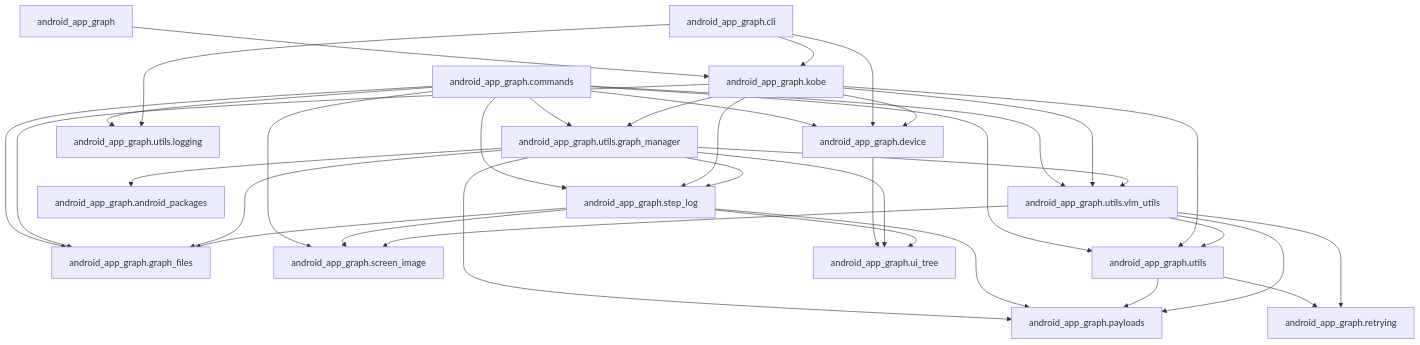
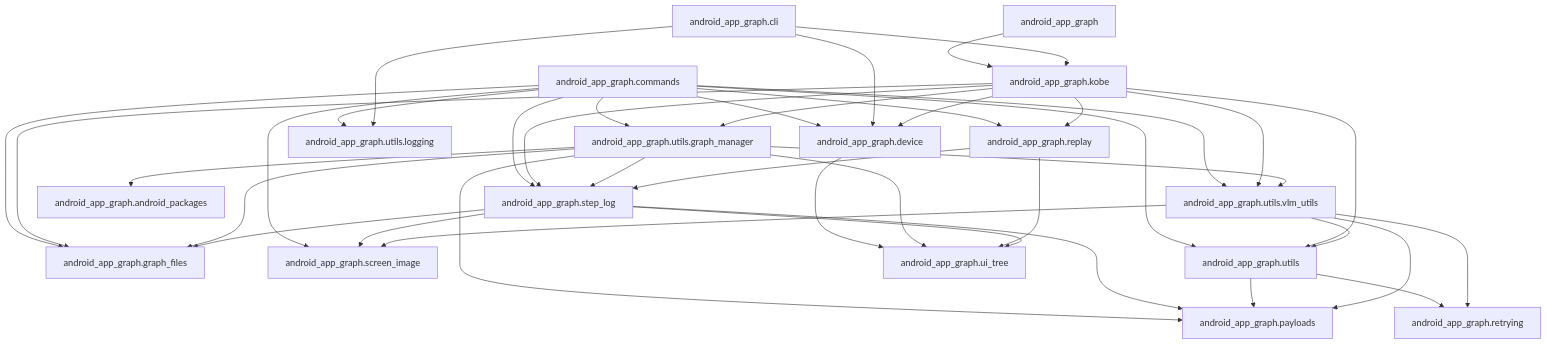
The diagram in README.md (john-agi/Android-App-Graph), drawn with Mermaid before and after one commit. The commit also changed other lines of this file, not shown here.

````diff
--- a/README.md
+++ b/README.md
@@ -52,38 +53,42 @@
 ```mermaid
 graph TD;
     pkg["android_app_graph"] --> kobe["android_app_graph.kobe"];
     cmd["android_app_graph.commands"] --> dev["android_app_graph.device"];
     cmd --> gf["android_app_graph.graph_files"];
+    cmd --> replay["android_app_graph.replay"];
     cmd --> img["android_app_graph.screen_image"];
     cmd --> steps["android_app_graph.step_log"];
     cmd --> utils["android_app_graph.utils"];
     cmd --> gm["android_app_graph.utils.graph_manager"];
     cmd --> logging["android_app_graph.utils.logging"];
     cmd --> vlm["android_app_graph.utils.vlm_utils"];
     cli["android_app_graph.cli"] --> dev;
     cli --> kobe;
     cli --> logging;
     dev --> tree["android_app_graph.ui_tree"];
     kobe --> dev;
     kobe --> gf;
+    kobe --> replay;
     kobe --> steps;
     kobe --> utils;
     kobe --> gm;
     kobe --> vlm;
     gm --> pkgs["android_app_graph.android_packages"];
     gm --> gf;
     gm --> pay["android_app_graph.payloads"];
     gm --> steps;
     gm --> tree;
     gm --> vlm;
+    replay --> steps;
+    replay --> tree;
     steps --> gf;
     steps --> pay;
     steps --> img;
     steps --> tree;
     utils --> pay;
     utils --> retry["android_app_graph.retrying"];
     vlm --> pay;
     vlm --> retry;
     vlm --> img;
     vlm --> utils;
 ```
````
